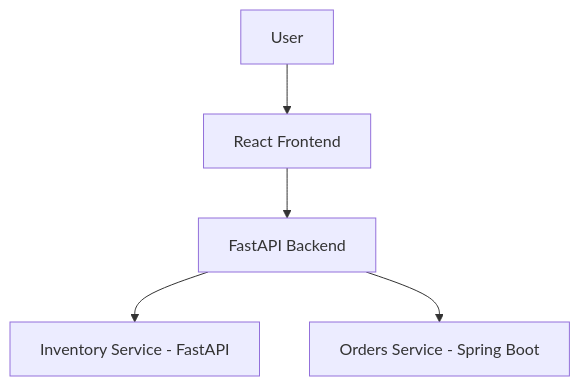
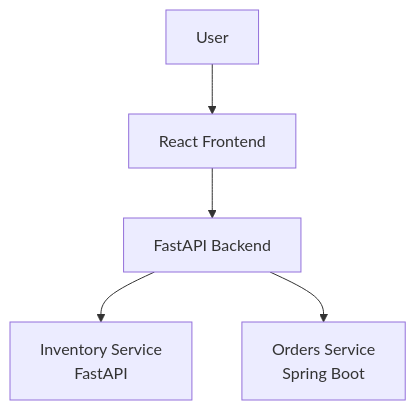
One commit to kantamnenimanusha/cloudops-360 changed the first of 5 diagrams in README.md. Above: the diagram before and after it, drawn with Mermaid. The commit also changed other lines of this file, not shown here.

````diff
--- a/README.md
+++ b/README.md
@@ -181,13 +239,13 @@
 ```mermaid
 flowchart TD
     USER["User"]
     FE["React Frontend"]
     BE["FastAPI Backend"]
-    INV["Inventory Service - FastAPI"]
-    ORD["Orders Service - Spring Boot"]
+    INV["Inventory Service<br/>FastAPI"]
+    ORD["Orders Service<br/>Spring Boot"]
 
     USER --> FE
     FE --> BE
     BE --> INV
     BE --> ORD
 ```
````
